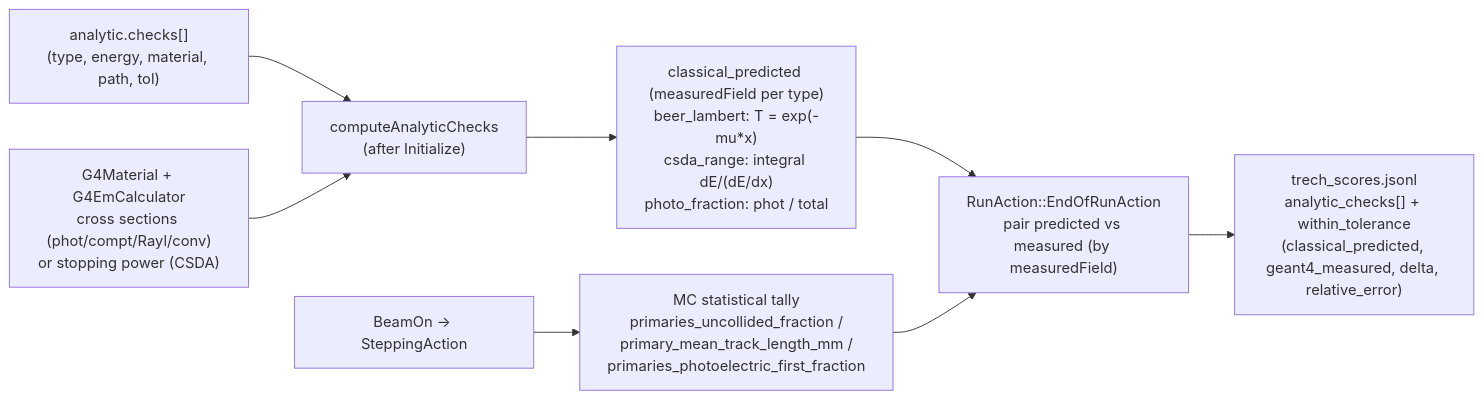
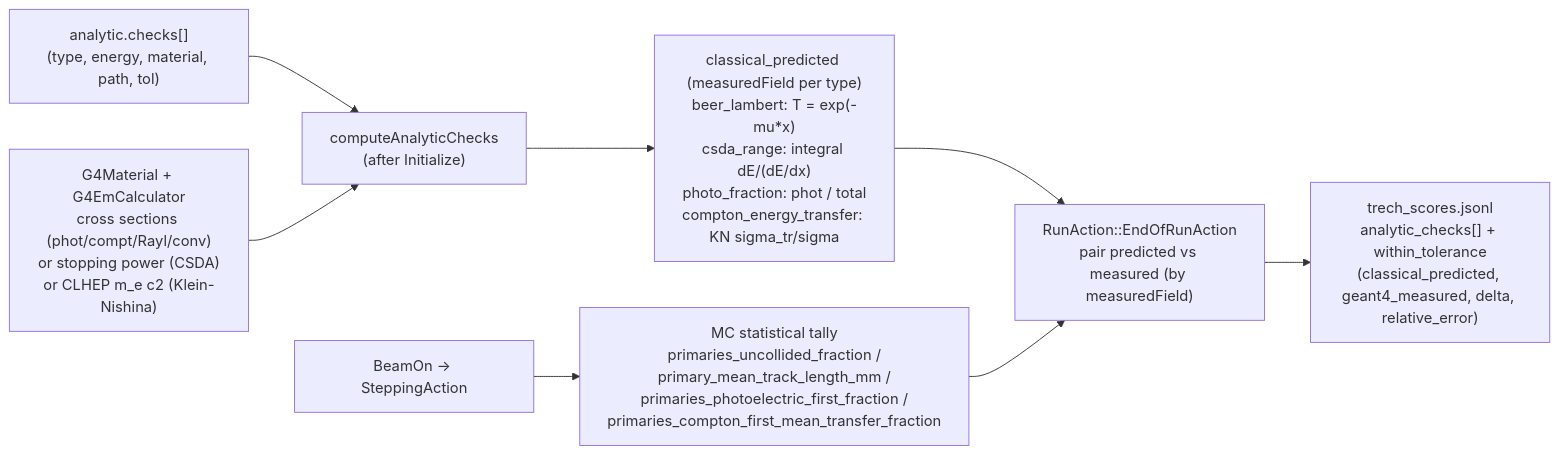
Before and after one commit to Geckos-Ink/trech: diagram 15 of 42 in CHARTS.md, drawn with Mermaid. The commit also changed 23 other files, not shown here.

First line of the commit message:
Add Klein-Nishina Compton cross-check and photofraction energy sweep

````diff
--- a/CHARTS.md
+++ b/CHARTS.md
@@ -331,10 +331,10 @@
 ```mermaid
 flowchart LR
   CFG["analytic.checks[]\n(type, energy, material, path, tol)"] --> ACC["computeAnalyticChecks\n(after Initialize)"]
-  G4MAT2["G4Material + G4EmCalculator\ncross sections (phot/compt/Rayl/conv)\nor stopping power (CSDA)"] --> ACC
-  ACC --> PRED["classical_predicted (measuredField per type)\nbeer_lambert: T = exp(-mu*x)\ncsda_range: integral dE/(dE/dx)\nphoto_fraction: phot / total"]
-  BEAMON["BeamOn -> SteppingAction"] --> MEAS["MC statistical tally\nprimaries_uncollided_fraction /\nprimary_mean_track_length_mm /\nprimaries_photoelectric_first_fraction"]
+  G4MAT2["G4Material + G4EmCalculator\ncross sections (phot/compt/Rayl/conv)\nor stopping power (CSDA)\nor CLHEP m_e c2 (Klein-Nishina)"] --> ACC
+  ACC --> PRED["classical_predicted (measuredField per type)\nbeer_lambert: T = exp(-mu*x)\ncsda_range: integral dE/(dE/dx)\nphoto_fraction: phot / total\ncompton_energy_transfer: KN sigma_tr/sigma"]
+  BEAMON["BeamOn -> SteppingAction"] --> MEAS["MC statistical tally\nprimaries_uncollided_fraction /\nprimary_mean_track_length_mm /\nprimaries_photoelectric_first_fraction /\nprimaries_compton_first_mean_transfer_fraction"]
   PRED --> CMP["RunAction::EndOfRunAction\npair predicted vs measured (by measuredField)"]
   MEAS --> CMP
   CMP --> OUT["trech_scores.jsonl\nanalytic_checks[] + within_tolerance\n(classical_predicted, geant4_measured, delta, relative_error)"]
 ```
````
